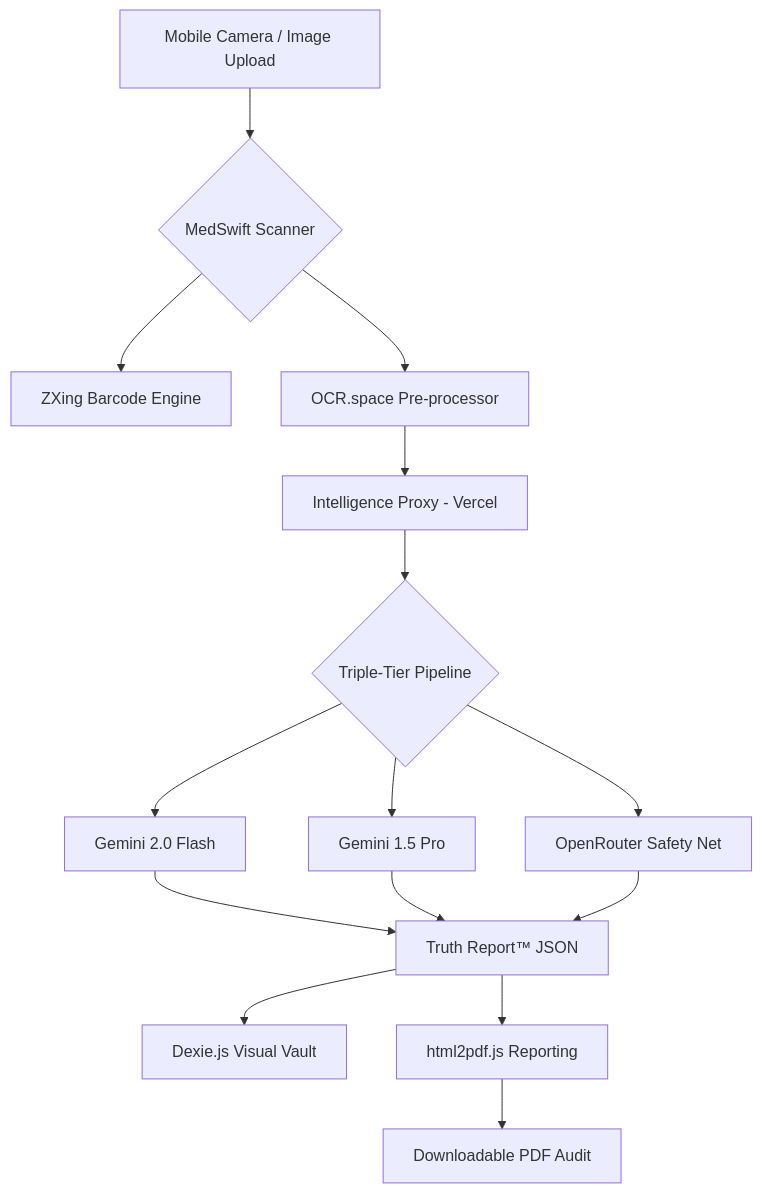
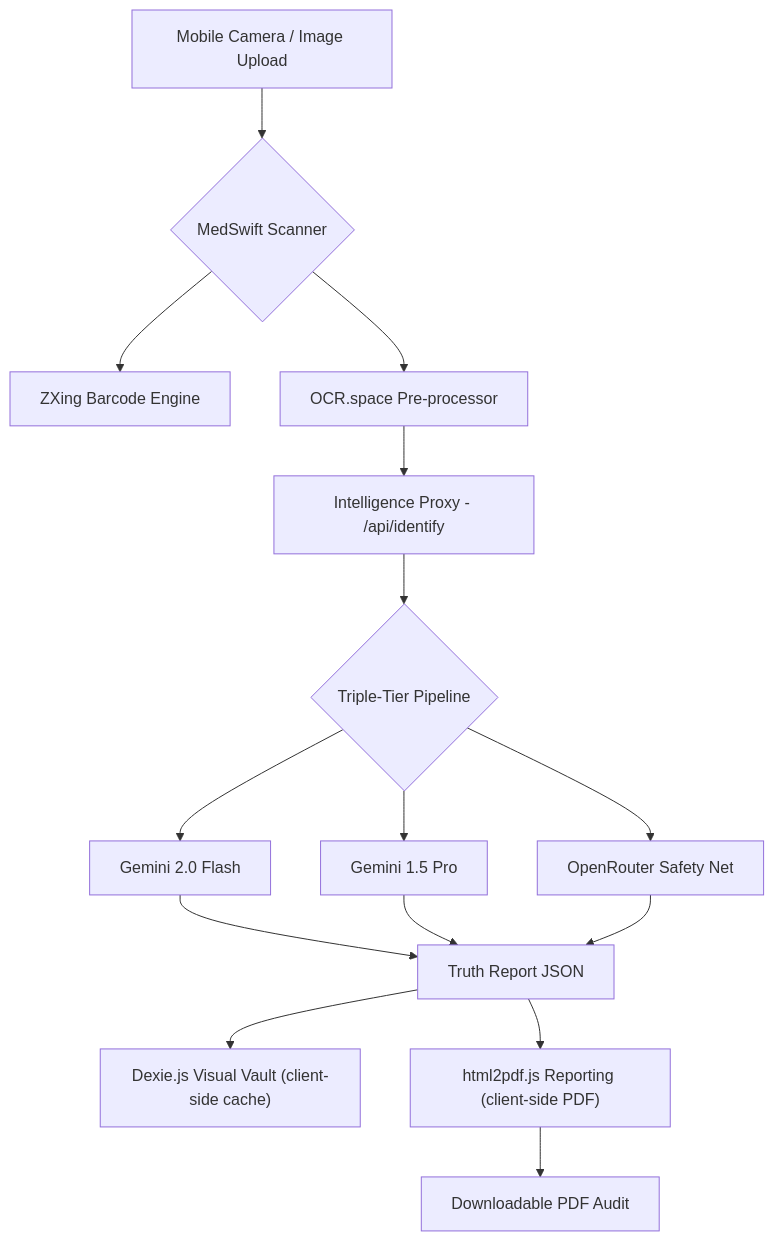
One commit to EGABO-TECH/MedSwift changed the diagram in README.md. Above: the diagram before and after it, drawn with Mermaid.

Commit message:
Refactor Mermaid diagram in README.md for improved clarity and consistency

````diff
--- a/README.md
+++ b/README.md
@@ -54,15 +54,17 @@
 ```mermaid
 graph TD
-    A[Mobile Camera / Image Upload] --> B{MedSwift Scanner}
-    B --> C[ZXing Barcode Engine]
-    B --> D[OCR.space Pre-processor]
-    D --> E[Intelligence Proxy - Vercel]
-    E --> F{Triple-Tier Pipeline}
-    F --> G[Gemini 2.0 Flash]
-    F --> H[Gemini 1.5 Pro]
-    F --> I[OpenRouter Safety Net]
-    G & H & I --> J[Truth Report™ JSON]
-    J --> K[Dexie.js Visual Vault]
-    J --> L[html2pdf.js Reporting]
-    L --> M[Downloadable PDF Audit]
+    A["Mobile Camera / Image Upload"] --> B{"MedSwift Scanner"}
+    B --> C["ZXing Barcode Engine"]
+    B --> D["OCR.space Pre-processor"]
+    D --> E["Intelligence Proxy - /api/identify"]
+    E --> F{"Triple-Tier Pipeline"}
+    F --> G["Gemini 2.0 Flash"]
+    F --> H["Gemini 1.5 Pro"]
+    F --> I["OpenRouter Safety Net"]
+    G --> J["Truth Report JSON"]
+    H --> J["Truth Report JSON"]
+    I --> J["Truth Report JSON"]
+    J --> K["Dexie.js Visual Vault (client-side cache)"]
+    J --> L["html2pdf.js Reporting (client-side PDF)"]
+    L --> M["Downloadable PDF Audit"]
 ```
````
